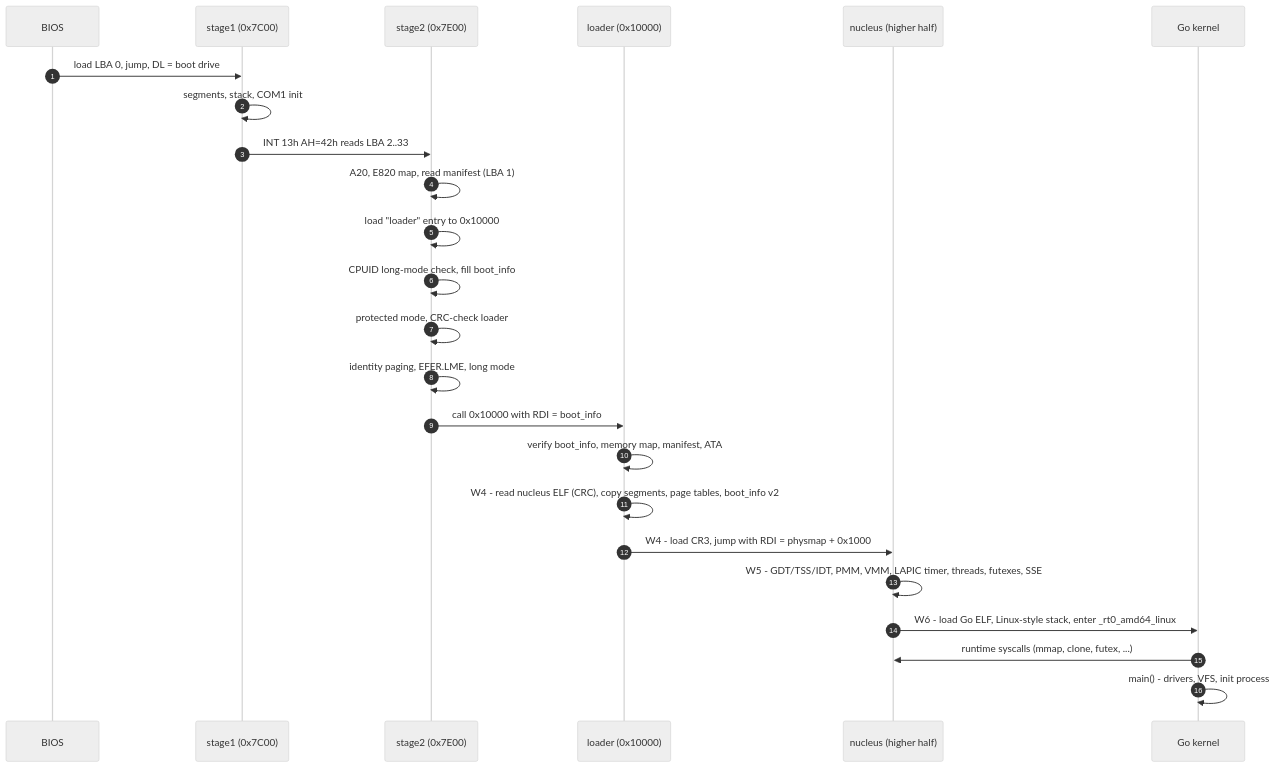
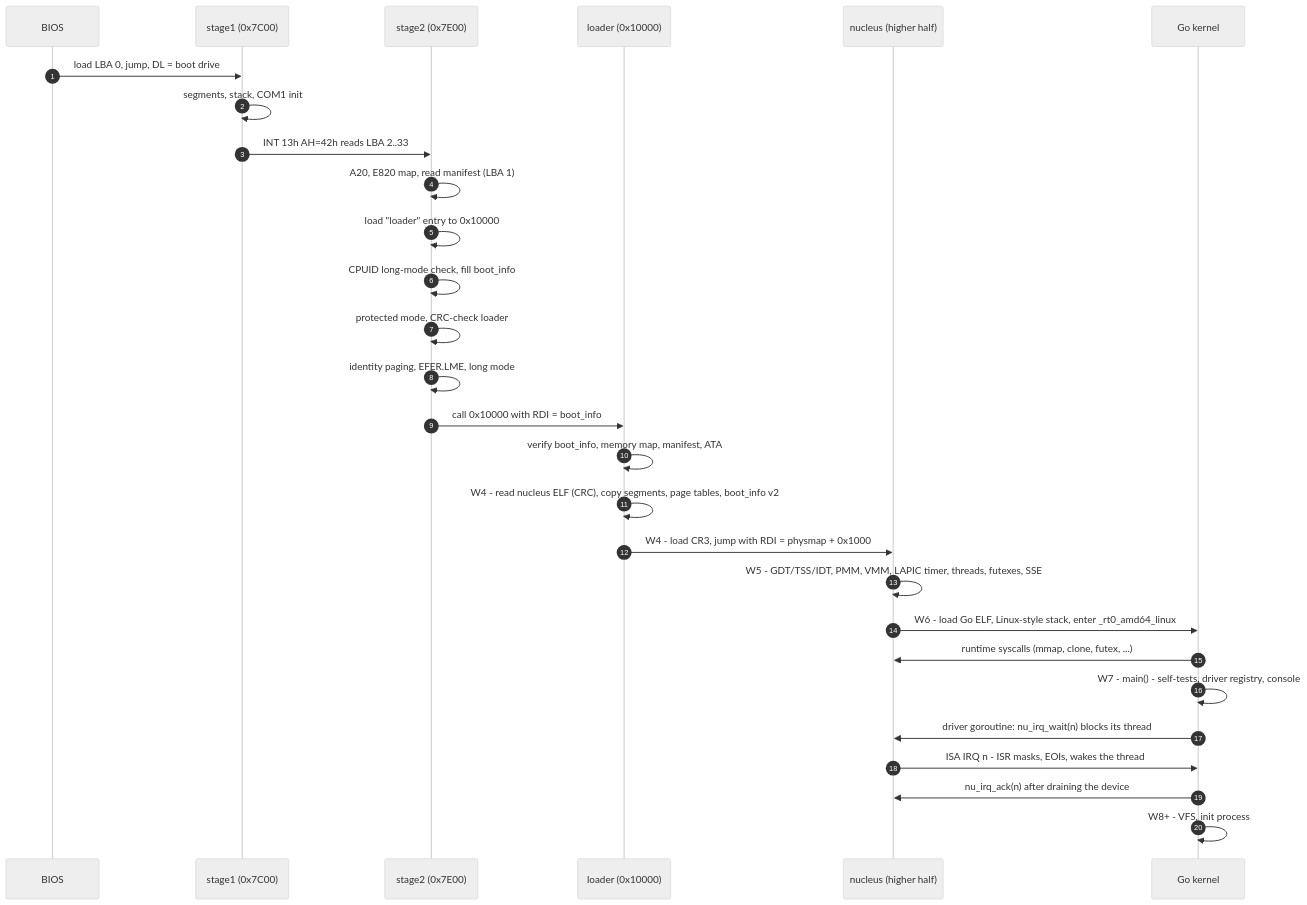
Before and after one commit to decagondev/burrow: the second of 10 diagrams in docs/02-architecture/ARCHITECTURE.md, drawn with Mermaid (neutral theme). The commit also changed 7 other files, not shown here.

````diff
--- a/docs/02-architecture/ARCHITECTURE.md
+++ b/docs/02-architecture/ARCHITECTURE.md
@@ -68,26 +68,30 @@
 ```mermaid
 sequenceDiagram
     autonumber
     participant BIOS
     participant S1 as stage1 (0x7C00)
     participant S2 as stage2 (0x7E00)
     participant L as loader (0x10000)
     participant N as nucleus (higher half)
     participant G as Go kernel
     BIOS->>S1: load LBA 0, jump, DL = boot drive
     S1->>S1: segments, stack, COM1 init
     S1->>S2: INT 13h AH=42h reads LBA 2..33
     S2->>S2: A20, E820 map, read manifest (LBA 1)
     S2->>S2: load "loader" entry to 0x10000
     S2->>S2: CPUID long-mode check, fill boot_info
     S2->>S2: protected mode, CRC-check loader
     S2->>S2: identity paging, EFER.LME, long mode
     S2->>L: call 0x10000 with RDI = boot_info
     L->>L: verify boot_info, memory map, manifest, ATA
     L->>L: W4 - read nucleus ELF (CRC), copy segments, page tables, boot_info v2
     L->>N: W4 - load CR3, jump with RDI = physmap + 0x1000
     N->>N: W5 - GDT/TSS/IDT, PMM, VMM, LAPIC timer, threads, futexes, SSE
     N->>G: W6 - load Go ELF, Linux-style stack, enter _rt0_amd64_linux
     G->>N: runtime syscalls (mmap, clone, futex, ...)
-    G->>G: main() - drivers, VFS, init process
+    G->>G: W7 - main() - self-tests, driver registry, console
+    G->>N: driver goroutine: nu_irq_wait(n) blocks its thread
+    N->>G: ISA IRQ n - ISR masks, EOIs, wakes the thread
+    G->>N: nu_irq_ack(n) after draining the device
+    G->>G: W8+ - VFS, init process
 ```
````
